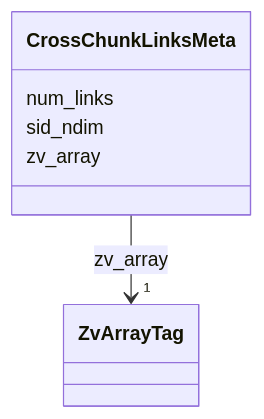
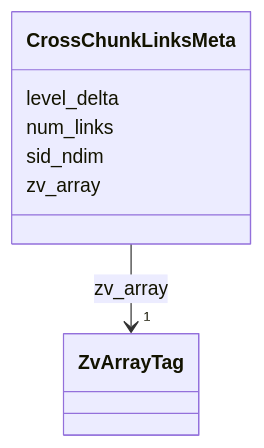
Before and after one commit to BRIDGE-Neuroscience/zarr-vectors-py: the sixth of 17 diagrams in schema/reference.md, drawn with Mermaid. The commit also changed other lines of this file and 125 other files, not shown here.

````diff
--- a/schema/reference.md
+++ b/schema/reference.md
@@ -2274,21 +2754,23 @@
 ```mermaid
  classDiagram
     class CrossChunkLinksMeta
     click CrossChunkLinksMeta href "../CrossChunkLinksMeta/"
+      CrossChunkLinksMeta : level_delta
+        
       CrossChunkLinksMeta : num_links
         
       CrossChunkLinksMeta : sid_ndim
         
       CrossChunkLinksMeta : zv_array
         
           
     
         
         
         CrossChunkLinksMeta --> "1" ZvArrayTag : zv_array
         click ZvArrayTag href "../ZvArrayTag/"
     
 
         
       
 ```
````
